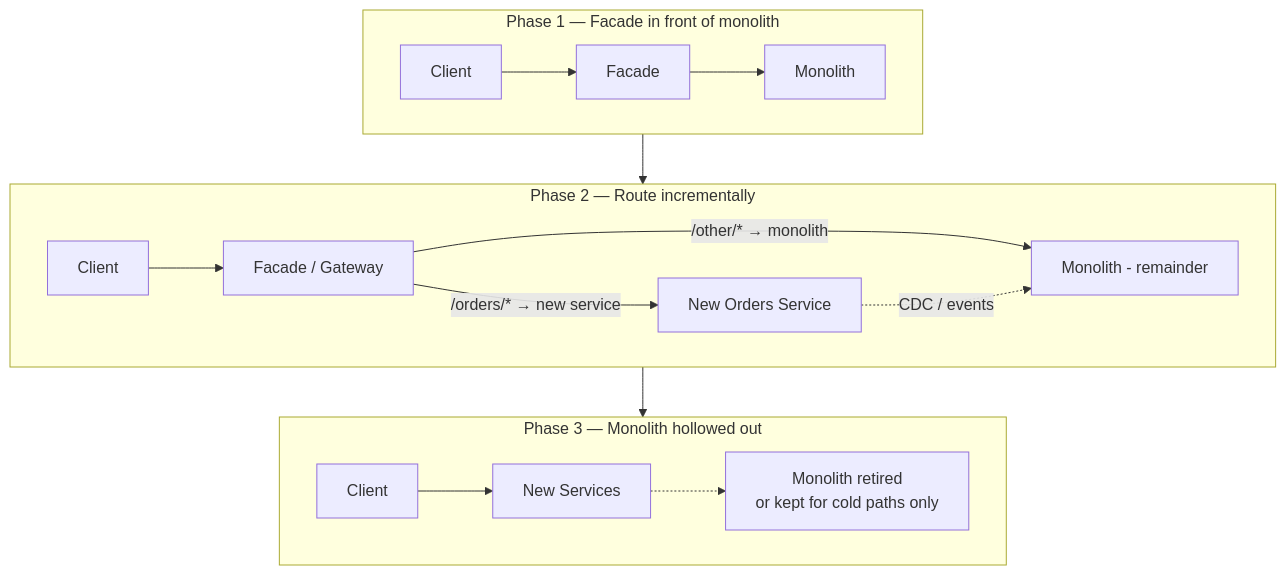
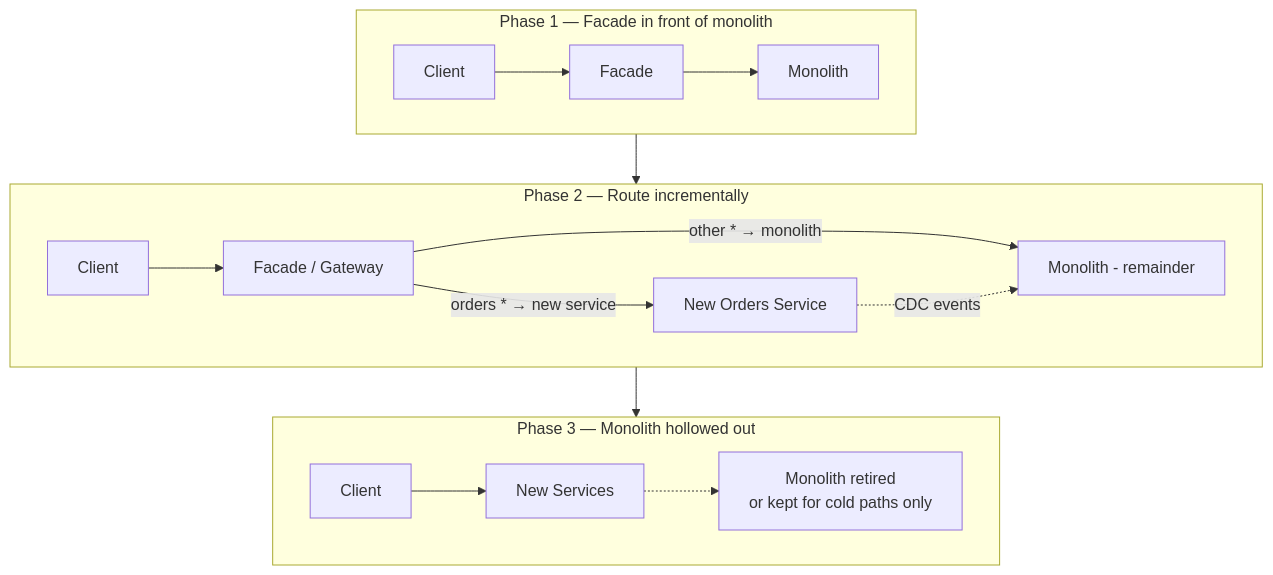
One commit to bumbsclaw/textbooks changed the fifth of 7 diagrams in vol-15-swe-practice/ch07-refactoring.md. Above: the diagram before and after it, drawn with Mermaid. The commit also changed 173 other files, not shown here.

First line of the commit message:
fix(mermaid): close note brackets, semicolons in Notes, stateDiagram br -> dash, edge parens

````diff
--- a/vol-15-swe-practice/ch07-refactoring.md
+++ b/vol-15-swe-practice/ch07-refactoring.md
@@ -359,20 +359,20 @@
 ```mermaid
 flowchart TB
     subgraph Phase1["Phase 1 — Facade in front of monolith"]
         Client --> Facade
         Facade --> Monolith
     end
     subgraph Phase2["Phase 2 — Route incrementally"]
         Client2[Client] --> Facade2[Facade / Gateway]
-        Facade2 -->|"/orders/* → new service"| NewOrders["New Orders Service"]
-        Facade2 -->|"/other/* → monolith"| Monolith2[Monolith - remainder]
-        NewOrders -.->|CDC / events| Monolith2
+        Facade2 -->|" orders * → new service"| NewOrders["New Orders Service"]
+        Facade2 -->|" other * → monolith"| Monolith2[Monolith - remainder]
+        NewOrders -.->|CDC events| Monolith2
     end
     subgraph Phase3["Phase 3 — Monolith hollowed out"]
         Client3[Client] --> NewOrders3["New Services"]
         Monolith3["Monolith retired<br/>or kept for cold paths only"]
         NewOrders3 -.-> Monolith3
     end
 
     Phase1 --> Phase2 --> Phase3
 ```
````
